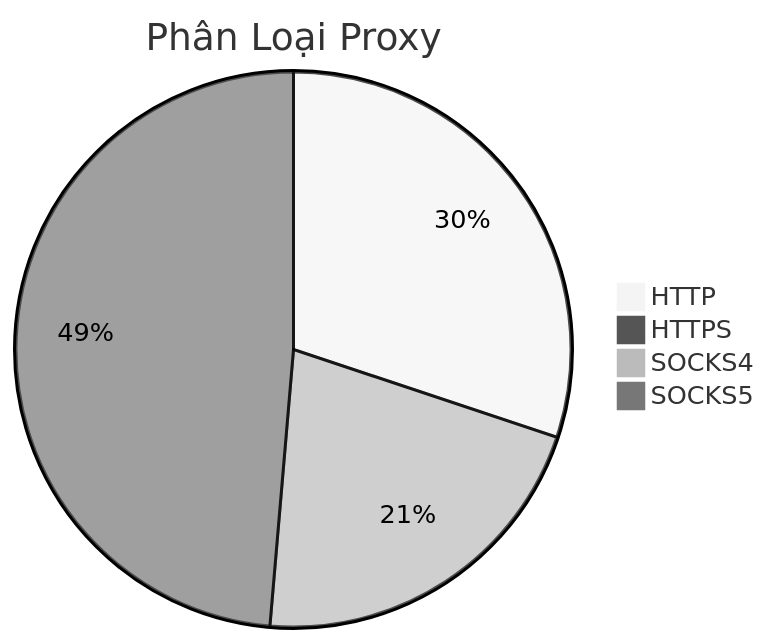
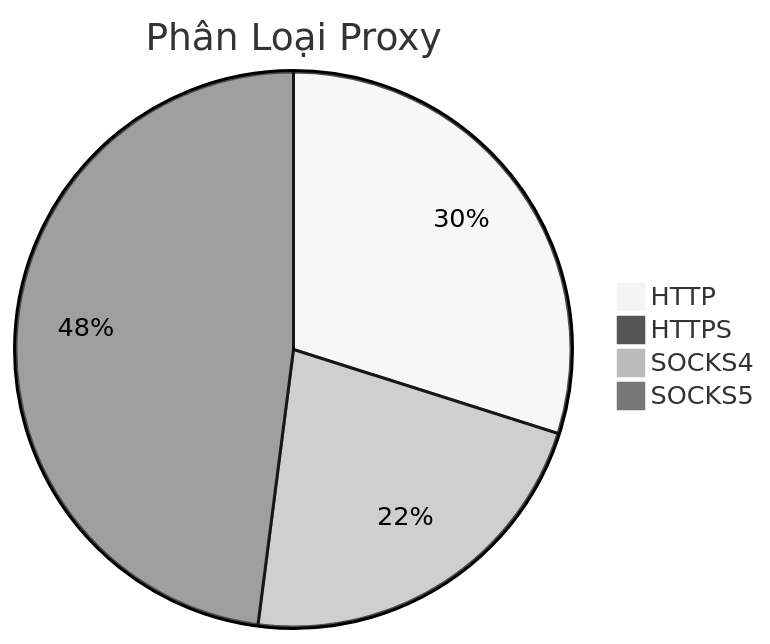
The diagram in README.md (Ciara-Aa/PROXY-free), drawn with Mermaid (neutral theme) before and after one commit. The commit also changed other lines of this file and 3 other files, not shown here.

````diff
--- a/README.md
+++ b/README.md
@@ -26,7 +26,7 @@
 ```mermaid
 pie title Phân Loại Proxy
     "HTTP" : 278
     "HTTPS" : 0
-    "SOCKS4" : 196
-    "SOCKS5" : 449
+    "SOCKS4" : 206
+    "SOCKS5" : 446
 ```
````
